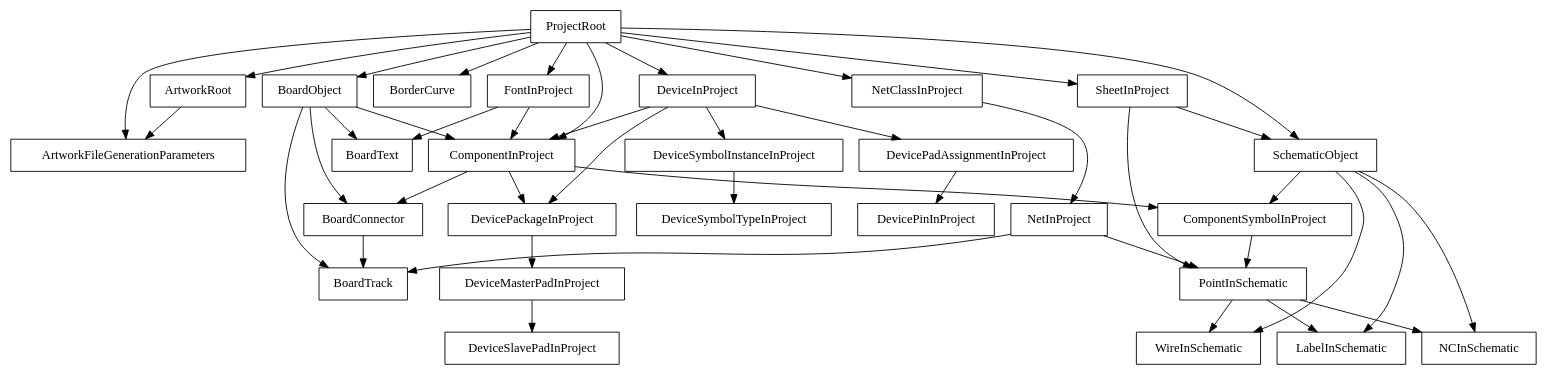
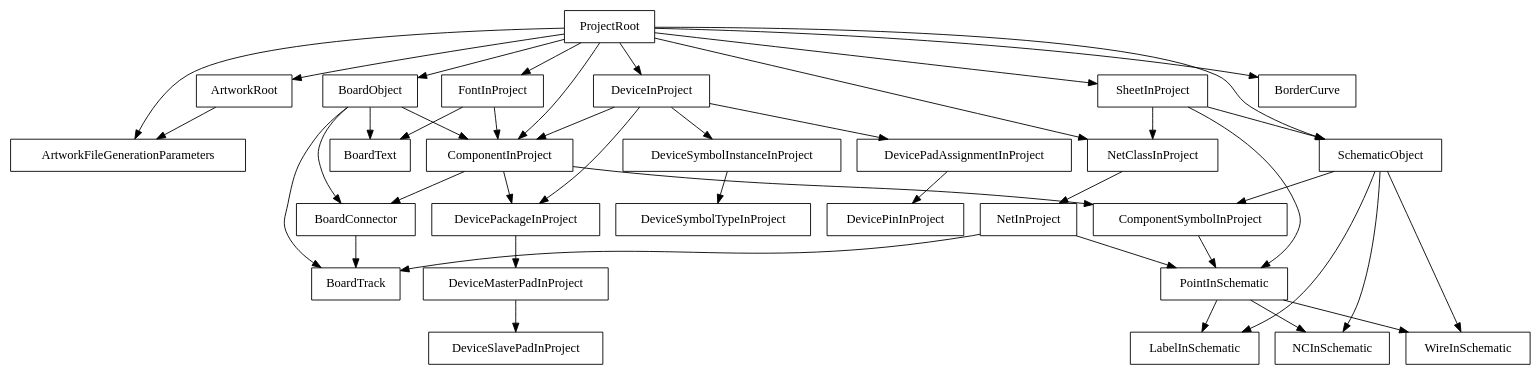
The diagram in models/strong-dep-ProjectRoot.dot (pierremolinaro/ElCanari-dev), drawn with Graphviz before and after one commit. The commit also changed 27 other files, not shown here.

```diff
--- a/models/strong-dep-ProjectRoot.dot
+++ b/models/strong-dep-ProjectRoot.dot
@@ -1,71 +1,72 @@
 digraph G {
   "ProjectRoot" [shape=rectangle] ;
   "ProjectRoot" -> "ArtworkFileGenerationParameters" ;
   "ProjectRoot" -> "ArtworkRoot" ;
   "ProjectRoot" -> "BoardObject" ;
   "ProjectRoot" -> "BorderCurve" ;
   "ProjectRoot" -> "ComponentInProject" ;
   "ProjectRoot" -> "DeviceInProject" ;
   "ProjectRoot" -> "FontInProject" ;
   "ProjectRoot" -> "NetClassInProject" ;
   "ProjectRoot" -> "SheetInProject" ;
   "ProjectRoot" -> "SchematicObject" ;
   "ArtworkFileGenerationParameters" [shape=rectangle] ;
   "ArtworkRoot" [shape=rectangle] ;
   "ArtworkRoot" -> "ArtworkFileGenerationParameters" ;
   "BoardObject" [shape=rectangle] ;
   "BoardObject" -> "ComponentInProject" ;
   "BoardObject" -> "BoardTrack" ;
   "BoardObject" -> "BoardText" ;
   "BoardObject" -> "BoardConnector" ;
   "BorderCurve" [shape=rectangle] ;
   "ComponentInProject" [shape=rectangle] ;
   "ComponentInProject" -> "DevicePackageInProject" ;
   "ComponentInProject" -> "BoardConnector" ;
   "ComponentInProject" -> "ComponentSymbolInProject" ;
   "DeviceInProject" [shape=rectangle] ;
   "DeviceInProject" -> "ComponentInProject" ;
   "DeviceInProject" -> "DevicePackageInProject" ;
   "DeviceInProject" -> "DevicePadAssignmentInProject" ;
   "DeviceInProject" -> "DeviceSymbolInstanceInProject" ;
   "FontInProject" [shape=rectangle] ;
   "FontInProject" -> "ComponentInProject" ;
   "FontInProject" -> "BoardText" ;
   "NetClassInProject" [shape=rectangle] ;
   "NetClassInProject" -> "NetInProject" ;
   "SheetInProject" [shape=rectangle] ;
+  "SheetInProject" -> "NetClassInProject" ;
   "SheetInProject" -> "SchematicObject" ;
   "SheetInProject" -> "PointInSchematic" ;
   "SchematicObject" [shape=rectangle] ;
   "SchematicObject" -> "LabelInSchematic" ;
   "SchematicObject" -> "NCInSchematic" ;
   "SchematicObject" -> "WireInSchematic" ;
   "SchematicObject" -> "ComponentSymbolInProject" ;
   "PointInSchematic" [shape=rectangle] ;
   "PointInSchematic" -> "LabelInSchematic" ;
   "PointInSchematic" -> "NCInSchematic" ;
   "PointInSchematic" -> "WireInSchematic" ;
   "LabelInSchematic" [shape=rectangle] ;
   "NCInSchematic" [shape=rectangle] ;
   "WireInSchematic" [shape=rectangle] ;
   "NetInProject" [shape=rectangle] ;
   "NetInProject" -> "PointInSchematic" ;
   "NetInProject" -> "BoardTrack" ;
   "BoardTrack" [shape=rectangle] ;
   "BoardText" [shape=rectangle] ;
   "DevicePackageInProject" [shape=rectangle] ;
   "DevicePackageInProject" -> "DeviceMasterPadInProject" ;
   "DevicePadAssignmentInProject" [shape=rectangle] ;
   "DevicePadAssignmentInProject" -> "DevicePinInProject" ;
   "DeviceSymbolInstanceInProject" [shape=rectangle] ;
   "DeviceSymbolInstanceInProject" -> "DeviceSymbolTypeInProject" ;
   "DeviceSymbolTypeInProject" [shape=rectangle] ;
   "DevicePinInProject" [shape=rectangle] ;
   "DeviceMasterPadInProject" [shape=rectangle] ;
   "DeviceMasterPadInProject" -> "DeviceSlavePadInProject" ;
   "DeviceSlavePadInProject" [shape=rectangle] ;
   "BoardConnector" [shape=rectangle] ;
   "BoardConnector" -> "BoardTrack" ;
   "ComponentSymbolInProject" [shape=rectangle] ;
   "ComponentSymbolInProject" -> "PointInSchematic" ;
 }
```
